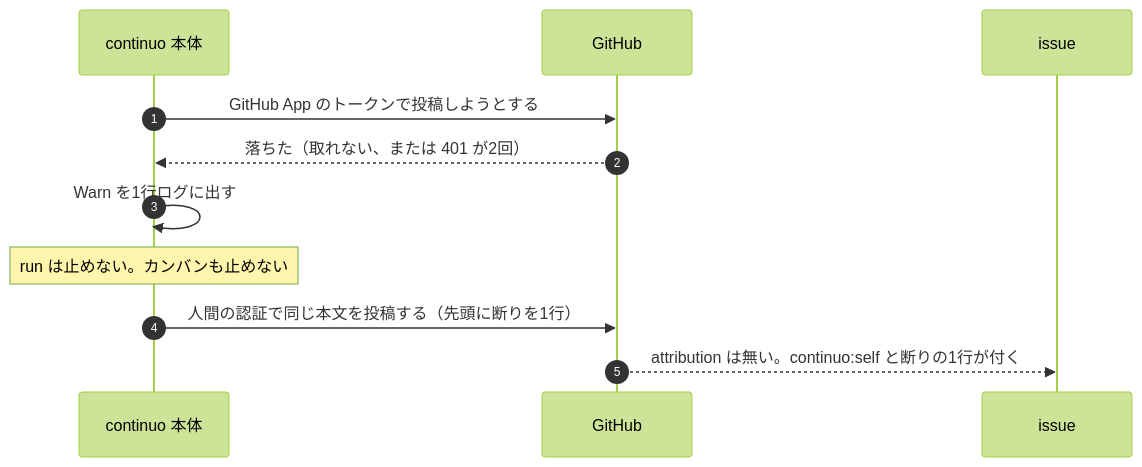
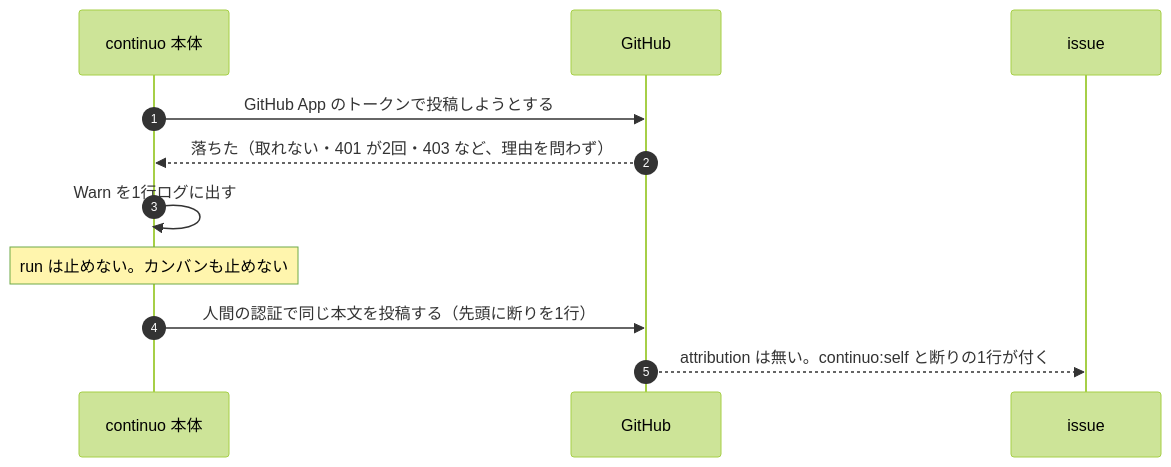
One commit to maimuzo/continuo changed the tenth of 13 diagrams in docs/plans/impl/issue245_github_app_attribution.md. Above: the diagram before and after it, drawn with Mermaid (forest theme). The commit also changed other lines of this file, not shown here.

````diff
--- a/docs/plans/impl/issue245_github_app_attribution.md
+++ b/docs/plans/impl/issue245_github_app_attribution.md
@@ -967,13 +975,13 @@
 ```mermaid
 sequenceDiagram
     autonumber
     participant C as continuo 本体
     participant GH as GitHub
     participant G as issue
     C->>GH: GitHub App のトークンで投稿しようとする
-    GH-->>C: 落ちた（取れない、または 401 が2回）
+    GH-->>C: 落ちた（取れない・401 が2回・403 など、理由を問わず）
     C->>C: Warn を1行ログに出す
     Note over C: run は止めない。カンバンも止めない
     C->>GH: 人間の認証で同じ本文を投稿する（先頭に断りを1行）
     GH-->>G: attribution は無い。continuo:self と断りの1行が付く
 ```
````
